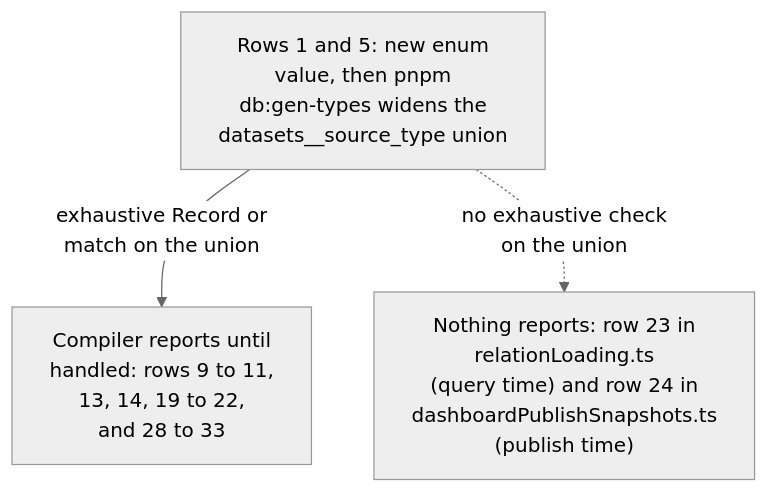
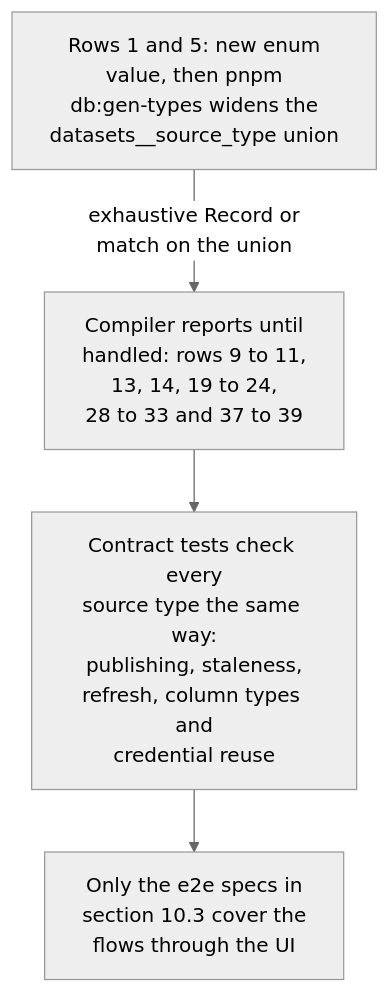
The fifth of 5 diagrams in docs/qetl-architecture.md (AvandarLabs/avandar), drawn with Mermaid (neutral theme) before and after one commit. The commit also changed other lines of this file and 15 other files, not shown here.

````diff
--- a/docs/qetl-architecture.md
+++ b/docs/qetl-architecture.md
@@ -487,8 +491,10 @@
 ```mermaid
 flowchart TD
   U["Rows 1 and 5: new enum<br/>value, then pnpm<br/>db:gen-types widens the<br/>datasets__source_type#nbsp;union"]
-  G["Compiler reports until<br/>handled: rows 9 to 11,<br/>13, 14, 19 to 22,<br/>and 28 to 33"]
-  N["Nothing reports: row 23 in<br/>relationLoading.ts<br/>(query time) and row 24 in<br/>dashboardPublishSnapshots.ts<br/>(publish time)"]
+  G["Compiler reports until<br/>handled: rows 9 to 11,<br/>13, 14, 19 to 24,<br/>28 to 33 and 37 to 39"]
+  T["Contract tests check every<br/>source type the same way:<br/>publishing, staleness,<br/>refresh, column types and<br/>credential reuse"]
+  E["Only the e2e specs in<br/>section 10.3 cover the<br/>flows through the UI"]
   U -->|"exhaustive Record or<br/>match on the union"| G
-  U -.->|"no exhaustive check<br/>on the union"| N
+  G --> T
+  T --> E
 ```
````
